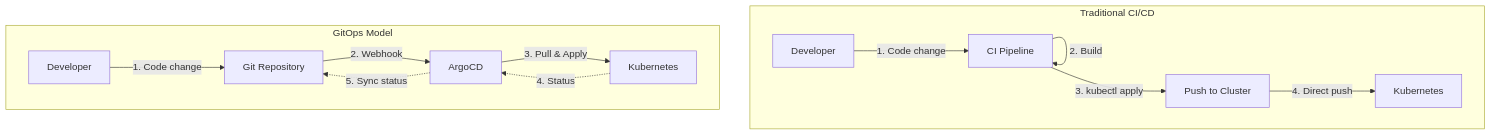
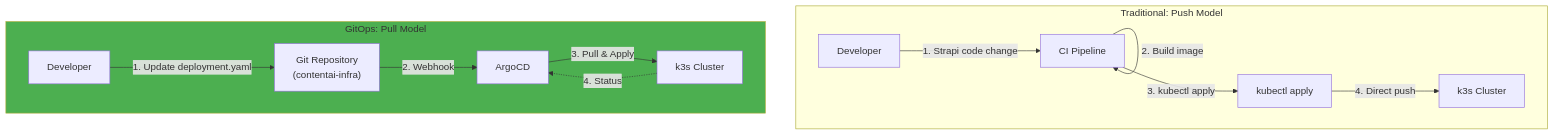
The third of 10 diagrams in DevOps/02-Engineering/05-GitOps.md (PearlThoughtsInternship/Internship-Obsidian-Vault), drawn with Mermaid before and after one commit. The commit also changed other lines of this file and 1 other file, not shown here.

First line of the commit message:
docs: Container orchestration & GitOps with ContentAI product context

````diff
--- a/DevOps/02-Engineering/05-GitOps.md
+++ b/DevOps/02-Engineering/05-GitOps.md
@@ -37,27 +69,28 @@
 ```mermaid
 flowchart TB
-    subgraph Traditional["Traditional CI/CD"]
+    subgraph Traditional["Traditional: Push Model"]
         Dev1["Developer"]
         CI1["CI Pipeline"]
-        Push1["Push to Cluster"]
-        K8S1["Kubernetes"]
+        Push1["kubectl apply"]
+        K8S1["k3s Cluster"]
 
-        Dev1 -->|"1. Code change"| CI1
-        CI1 -->|"2. Build"| CI1
+        Dev1 -->|"1. Strapi code change"| CI1
+        CI1 -->|"2. Build image"| CI1
         CI1 -->|"3. kubectl apply"| Push1
         Push1 -->|"4. Direct push"| K8S1
     end
 
-    subgraph GitOps["GitOps Model"]
+    subgraph GitOps["GitOps: Pull Model"]
         Dev2["Developer"]
-        Git["Git Repository"]
+        Git["Git Repository\n(contentai-infra)"]
         Argo["ArgoCD"]
-        K8S2["Kubernetes"]
+        K8S2["k3s Cluster"]
 
-        Dev2 -->|"1. Code change"| Git
+        Dev2 -->|"1. Update deployment.yaml"| Git
         Git -->|"2. Webhook"| Argo
         Argo -->|"3. Pull & Apply"| K8S2
         K8S2 -.->|"4. Status"| Argo
-        Argo -.->|"5. Sync status"| Git
     end
+
+    style GitOps fill:#4CAF50
 ```
````
